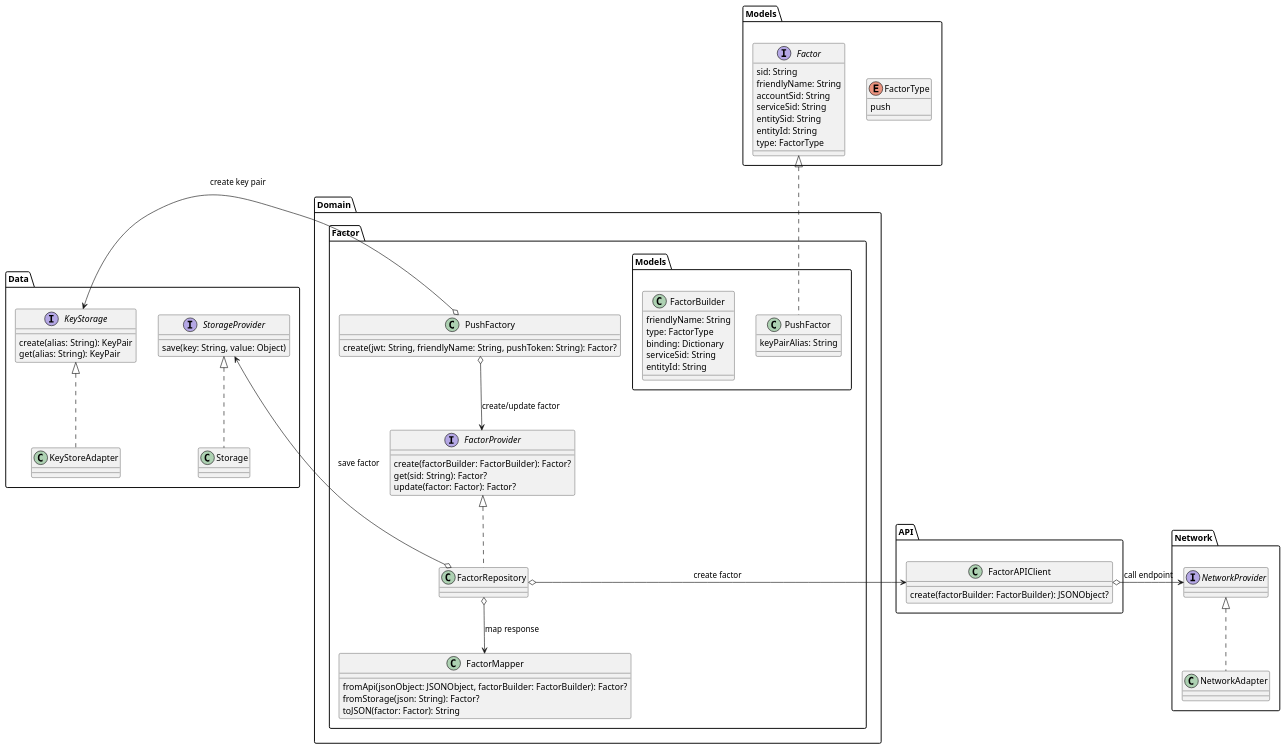
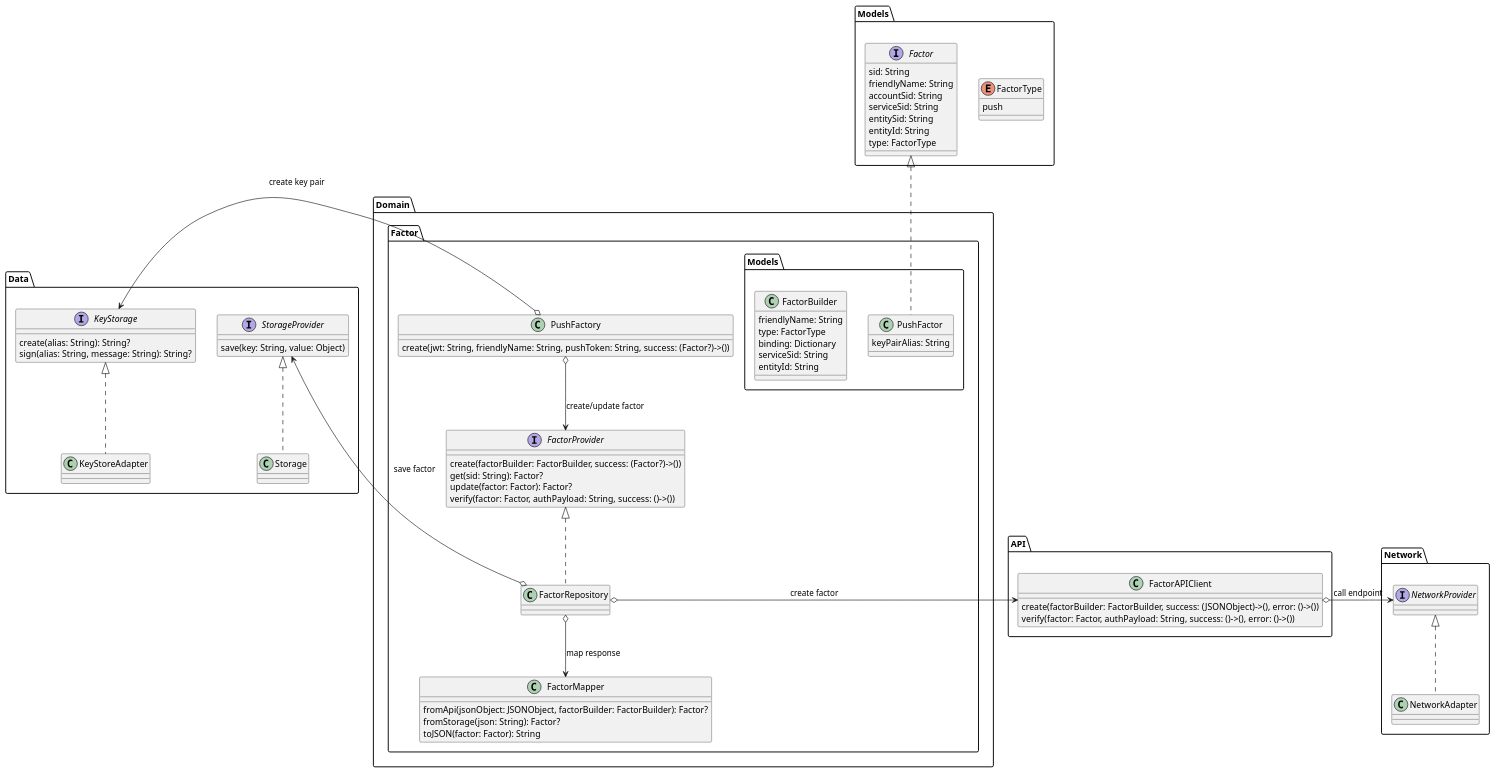
One commit to twilio/twilio-verify-android changed the diagram in diagrams/CreatePushFactor/CreatePushFactor.wsd. Above: the diagram before and after it, drawn with PlantUML. The commit also changed 6 other files, not shown here.

Commit message:
Create factor repository

```diff
--- a/diagrams/CreatePushFactor/CreatePushFactor.wsd
+++ b/diagrams/CreatePushFactor/CreatePushFactor.wsd
@@ -1,65 +1,67 @@
 @startuml Create push factor
 enum Models.FactorType {
     push
 }
 interface Models.Factor {
     sid: String
     friendlyName: String
     accountSid: String
     serviceSid: String
     entitySid: String
     entityId: String
     type: FactorType
 }
 class Domain.Factor.Models.PushFactor implements Models.Factor {
     keyPairAlias: String
 }
 class Domain.Factor.Models.FactorBuilder {
     friendlyName: String
     type: FactorType
     binding: Dictionary
     serviceSid: String
     entityId: String
 }
 class Domain.Factor.FactorMapper {
     fromApi(jsonObject: JSONObject, factorBuilder: FactorBuilder): Factor?
     fromStorage(json: String): Factor?
     toJSON(factor: Factor): String
 }
 class API.FactorAPIClient {
-    create(factorBuilder: FactorBuilder): JSONObject?
+    create(factorBuilder: FactorBuilder, success: (JSONObject)->(), error: ()->())
+    verify(factor: Factor, authPayload: String, success: ()->(), error: ()->())
 }
 class Network.NetworkAdapter implements Network.NetworkProvider {
 
 }
 interface Data.StorageProvider {
     save(key: String, value: Object)
 }
 class Data.Storage implements Data.StorageProvider {
 
 }
 interface Data.KeyStorage {
-    create(alias: String): KeyPair
-    get(alias: String): KeyPair
+    create(alias: String): String?
+    sign(alias: String, message: String): String?
 }
 class Data.KeyStoreAdapter implements Data.KeyStorage {
 
 }
 interface Domain.Factor.FactorProvider {
-    create(factorBuilder: FactorBuilder): Factor?
+    create(factorBuilder: FactorBuilder, success: (Factor?)->())
     get(sid: String): Factor?
     update(factor: Factor): Factor?
+    verify(factor: Factor, authPayload: String, success: ()->())
 }
 class Domain.Factor.FactorRepository implements Domain.Factor.FactorProvider {
 
 }
 class Domain.Factor.PushFactory {
-    create(jwt: String, friendlyName: String, pushToken: String): Factor?
+    create(jwt: String, friendlyName: String, pushToken: String, success: (Factor?)->())
 }
 Domain.Factor.PushFactory o-left-> Data.KeyStorage: create key pair
 Domain.Factor.PushFactory o--> Domain.Factor.FactorProvider: create/update factor
 Domain.Factor.FactorRepository o-left-> Data.StorageProvider: save factor
 Domain.Factor.FactorRepository o-right-> API.FactorAPIClient: create factor
 Domain.Factor.FactorRepository o--> Domain.Factor.FactorMapper: map response
 API.FactorAPIClient o-right-> Network.NetworkProvider: call endpoint
 @enduml
```
